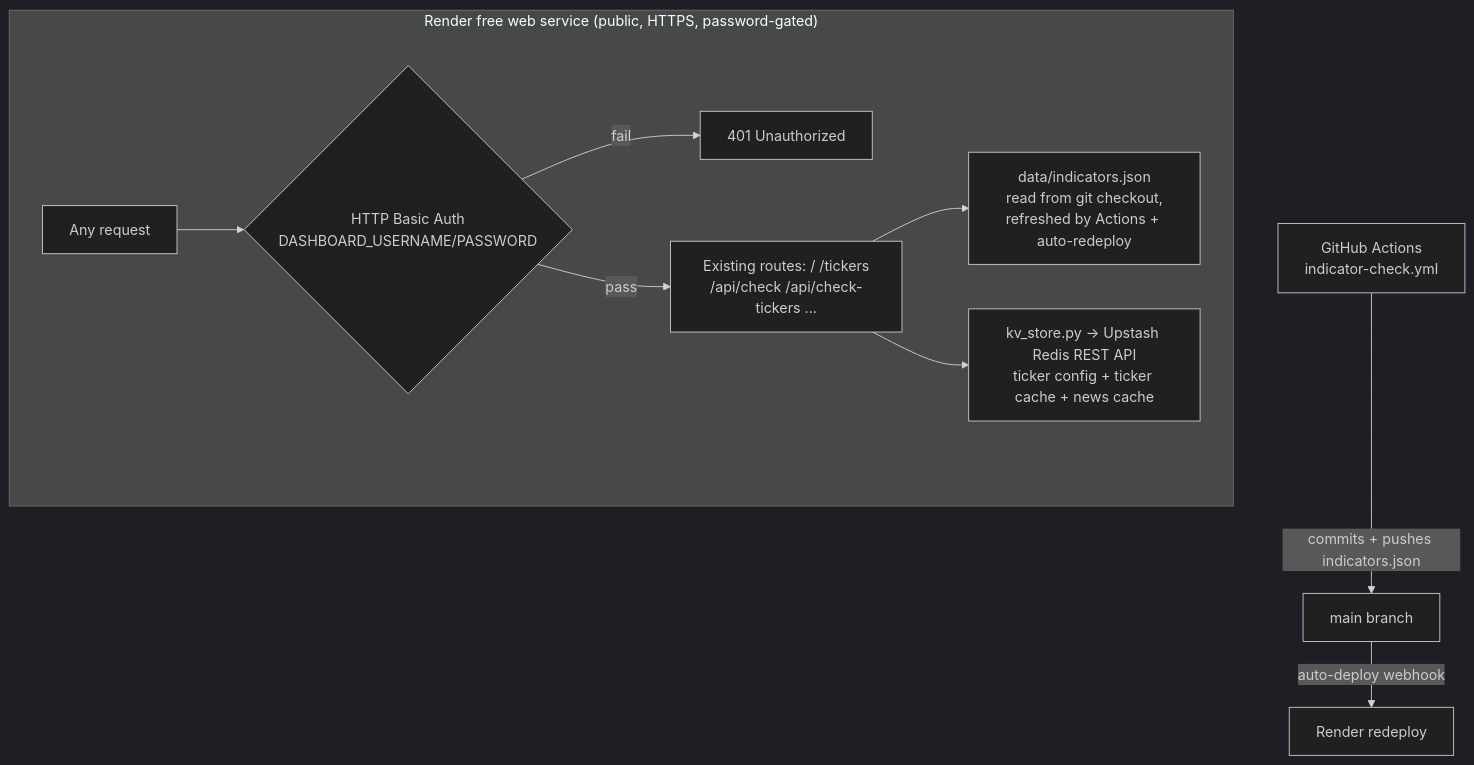
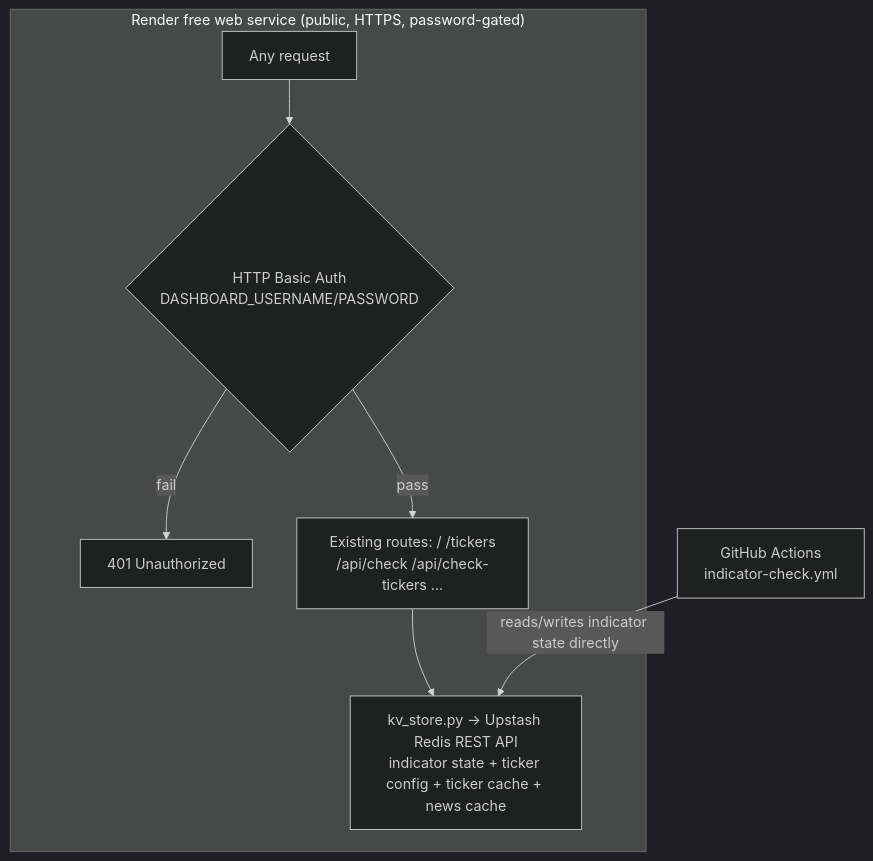
The second of 2 diagrams in docs/v2_technical_design.md (lw7ylw7y/financials), drawn with Mermaid (dark theme) before and after one commit. The commit also changed other lines of this file and 13 other files, not shown here.

````diff
--- a/docs/v2_technical_design.md
+++ b/docs/v2_technical_design.md
@@ -237,12 +237,10 @@
 ```mermaid
 graph TD
     subgraph "Render free web service (public, HTTPS, password-gated)"
         REQ[Any request] --> AUTH{HTTP Basic Auth<br/>DASHBOARD_USERNAME/PASSWORD}
         AUTH -->|fail| R401[401 Unauthorized]
         AUTH -->|pass| ROUTES[Existing routes: / /tickers<br/>/api/check /api/check-tickers ...]
-        ROUTES --> IND[data/indicators.json<br/>read from git checkout,<br/>refreshed by Actions + auto-redeploy]
-        ROUTES --> KV[kv_store.py -> Upstash Redis REST API<br/>ticker config + ticker cache + news cache]
+        ROUTES --> KV[kv_store.py -> Upstash Redis REST API<br/>indicator state + ticker config + ticker cache + news cache]
     end
-    GH[GitHub Actions<br/>indicator-check.yml] -->|commits + pushes indicators.json| REPO[main branch]
-    REPO -->|auto-deploy webhook| RENDER[Render redeploy]
+    GH[GitHub Actions<br/>indicator-check.yml] -->|reads/writes indicator state directly| KV
 ```
````
